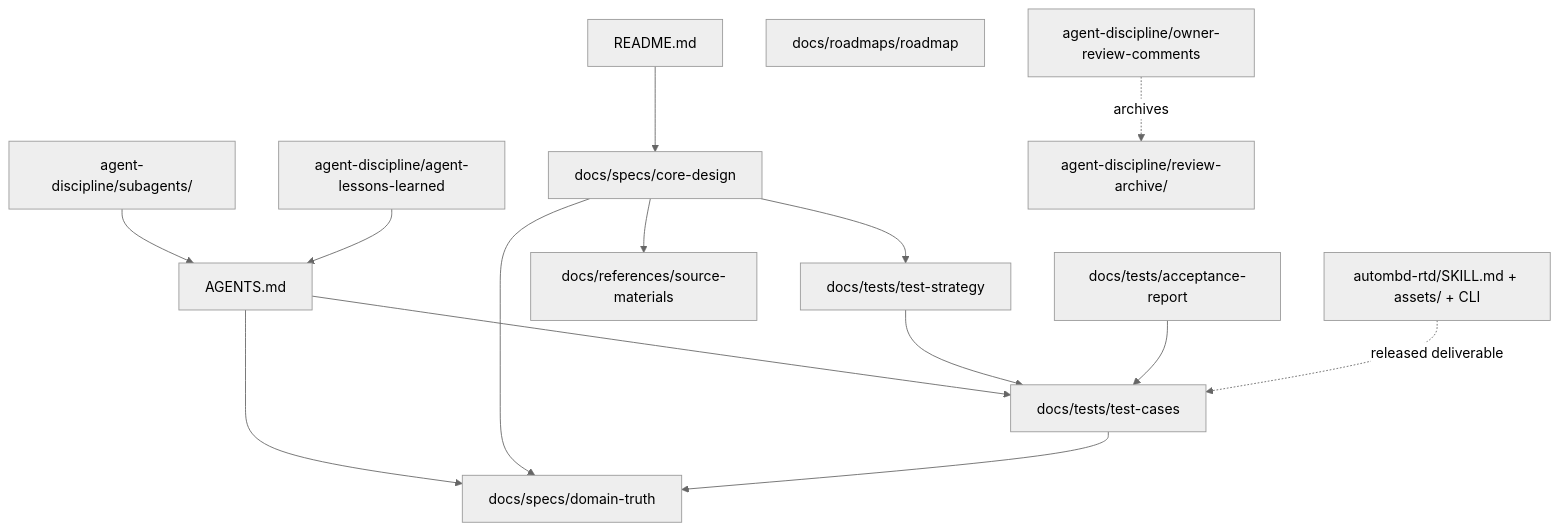
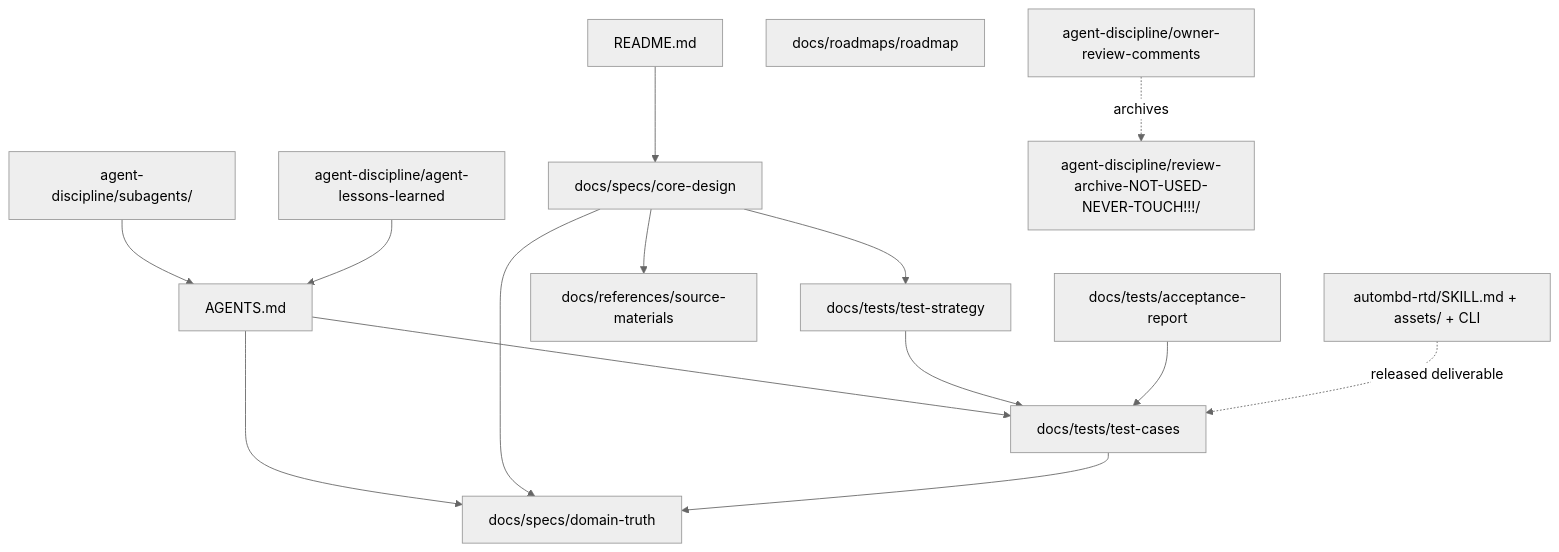
Before and after one commit to autoMBD/autombd-rtd-config: the diagram in agent-discipline/documentation-governance.md, drawn with Mermaid (neutral theme). The commit also changed other lines of this file and 18 other files, not shown here.

First line of the commit message:
chore(agent): rename review archive to make frozen status explicit (#35)

````diff
--- a/agent-discipline/documentation-governance.md
+++ b/agent-discipline/documentation-governance.md
@@ -114,17 +115,17 @@
 ```mermaid
 flowchart TD
   README["README.md"] --> CORE["docs/specs/core-design"]
   AGENTS["AGENTS.md"] --> DT["docs/specs/domain-truth"]
   AGENTS --> TC["docs/tests/test-cases"]
   CORE --> DT
   CORE --> TS["docs/tests/test-strategy"]
   CORE --> SM["docs/references/source-materials"]
   TS --> TC
   TC --> DT
   AR["docs/tests/acceptance-report"] --> TC
   RM["docs/roadmaps/roadmap"]
   ROLES["agent-discipline/subagents/"] --> AGENTS
   LL["agent-discipline/agent-lessons-learned"] --> AGENTS
-  CT["agent-discipline/owner-review-comments"] -.archives.-> OBS["agent-discipline/review-archive/"]
+  CT["agent-discipline/owner-review-comments"] -.archives.-> OBS["agent-discipline/review-archive-NOT-USED-NEVER-TOUCH!!!/"]
   SKILL["autombd-rtd/SKILL.md + assets/ + CLI"] -. released deliverable .-> TC
 ```
````
